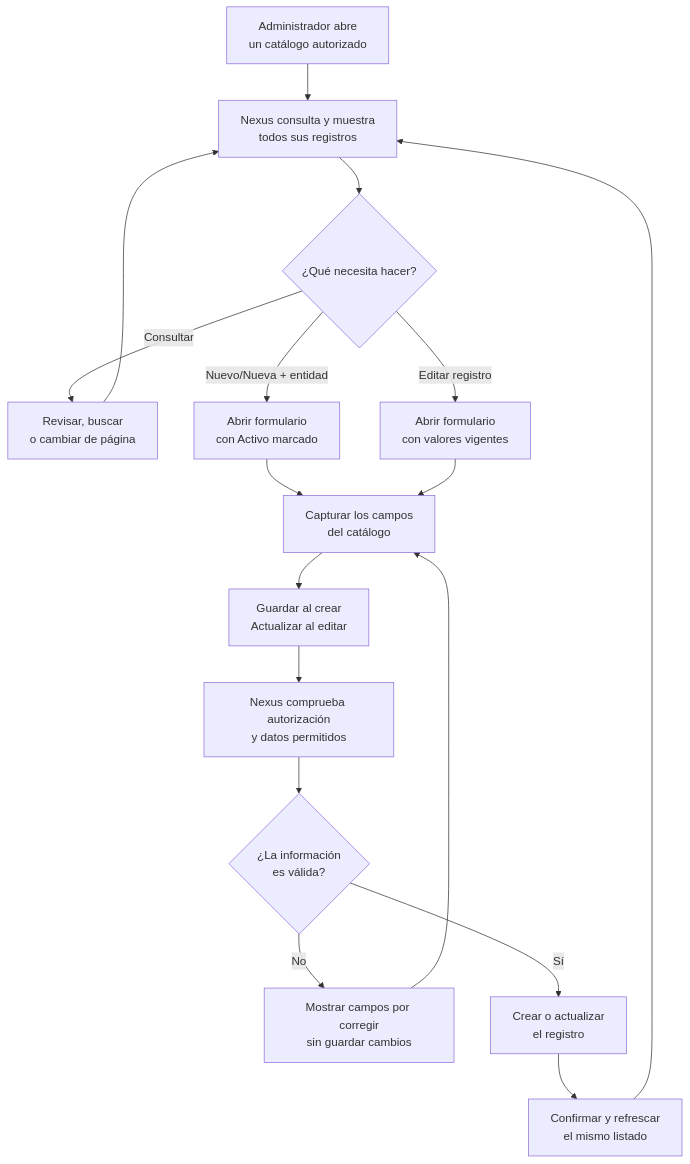
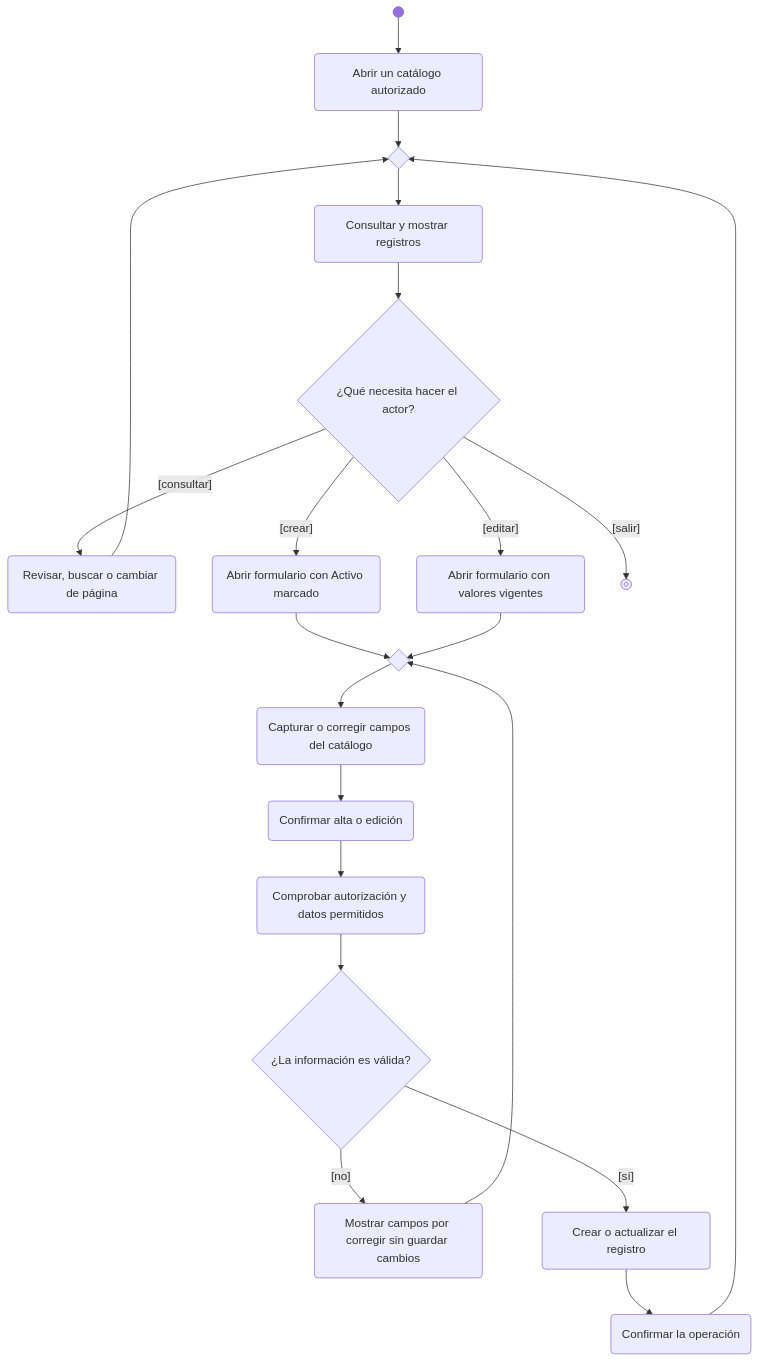
One commit to gpgsistemas01/nexus changed the second of 4 diagrams in docs/architecture/views/development/design-and-construction-patterns/01-registration-of-catalogs-with-checklist-allowlist.md. Above: the diagram before and after it, drawn with Mermaid. The commit also changed other lines of this file and 20 other files, not shown here.

Commit message:
docs: corregir relaciones ER y notación UML de diagramas

````diff
--- a/docs/architecture/views/development/design-and-construction-patterns/01-registration-of-catalogs-with-checklist-allowlist.md
+++ b/docs/architecture/views/development/design-and-construction-patterns/01-registration-of-catalogs-with-checklist-allowlist.md
@@ -109,23 +112,23 @@
 ```mermaid
 flowchart TD
-    open["Administrador abre<br/>un catálogo autorizado"] --> list["Nexus consulta y muestra<br/>todos sus registros"]
-    list --> choice{"¿Qué necesita hacer?"}
-
-    choice -->|Consultar| review["Revisar, buscar<br/>o cambiar de página"]
-    review --> list
-
-    choice -->|Nuevo/Nueva + entidad| createForm["Abrir formulario<br/>con Activo marcado"]
-    createForm --> capture["Capturar los campos<br/>del catálogo"]
-
-    choice -->|Editar registro| editForm["Abrir formulario<br/>con valores vigentes"]
-    editForm --> capture
-
-    capture --> confirm["Guardar al crear<br/>Actualizar al editar"]
-    confirm --> authorize["Nexus comprueba autorización<br/>y datos permitidos"]
-    authorize --> valid{"¿La información<br/>es válida?"}
-    valid -->|No| correction["Mostrar campos por corregir<br/>sin guardar cambios"]
-    correction --> capture
-    valid -->|Sí| persist["Crear o actualizar<br/>el registro"]
-    persist --> refresh["Confirmar y refrescar<br/>el mismo listado"]
-    refresh --> list
+    initial@{ shape: f-circ } --> open("Abrir un catálogo autorizado")
+    open --> mergeList{" "}
+    mergeList --> list("Consultar y mostrar registros")
+    list --> choice{"¿Qué necesita hacer el actor?"}
+    choice -->|"[consultar]"| review("Revisar, buscar o cambiar de página")
+    review --> mergeList
+    choice -->|"[crear]"| createForm("Abrir formulario con Activo marcado")
+    choice -->|"[editar]"| editForm("Abrir formulario con valores vigentes")
+    choice -->|"[salir]"| final@{ shape: fr-circ }
+    createForm --> mergeCapture{" "}
+    editForm --> mergeCapture
+    mergeCapture --> capture("Capturar o corregir campos del catálogo")
+    capture --> confirm("Confirmar alta o edición")
+    confirm --> authorize("Comprobar autorización y datos permitidos")
+    authorize --> valid{"¿La información es válida?"}
+    valid -->|"[no]"| correction("Mostrar campos por corregir sin guardar cambios")
+    correction --> mergeCapture
+    valid -->|"[sí]"| persist("Crear o actualizar el registro")
+    persist --> refresh("Confirmar la operación")
+    refresh --> mergeList
 ```
````
